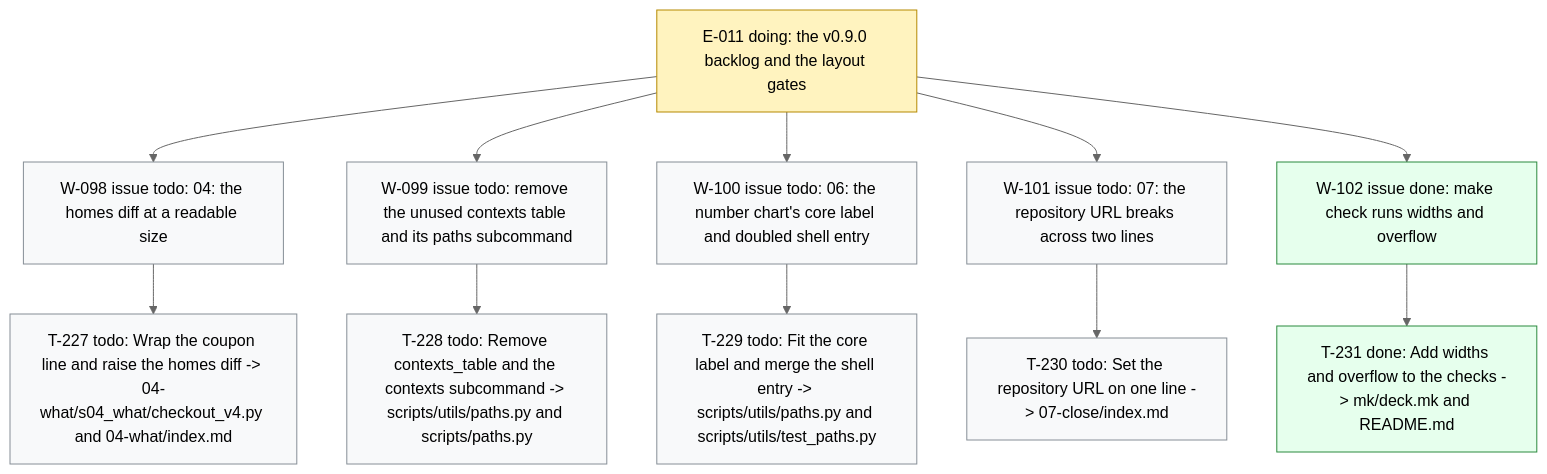
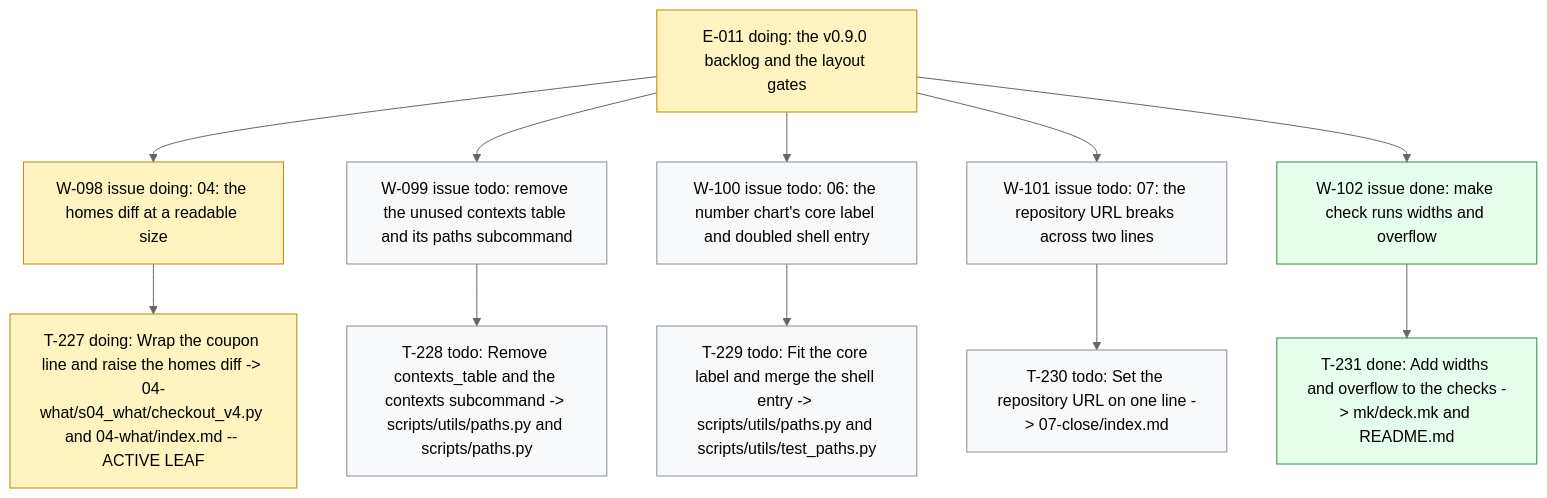
Before and after one commit to dpopchev/chaos-to-simple: the diagram in .board/BOARD.md, drawn with Mermaid (neutral theme). The commit also changed other lines of this file and 2 other files, not shown here.

Commit message:
chore(board): activate W-098, start T-227
Refs: W-098 T-227

````diff
--- a/.board/BOARD.md
+++ b/.board/BOARD.md
@@ -594,22 +594,22 @@
 ```mermaid
 flowchart TD
   E011["E-011 doing: the v0.9.0 backlog and the layout gates"]
-  E011 --> W098["W-098 issue todo: 04: the homes diff at a readable size"]
-  W098 --> T227["T-227 todo: Wrap the coupon line and raise the homes diff -> 04-what/s04_what/checkout_v4.py and 04-what/index.md"]
+  E011 --> W098["W-098 issue doing: 04: the homes diff at a readable size"]
+  W098 --> T227["T-227 doing: Wrap the coupon line and raise the homes diff -> 04-what/s04_what/checkout_v4.py and 04-what/index.md -- ACTIVE LEAF"]
   E011 --> W099["W-099 issue todo: remove the unused contexts table and its paths subcommand"]
   W099 --> T228["T-228 todo: Remove contexts_table and the contexts subcommand -> scripts/utils/paths.py and scripts/paths.py"]
   E011 --> W100["W-100 issue todo: 06: the number chart's core label and doubled shell entry"]
   W100 --> T229["T-229 todo: Fit the core label and merge the shell entry -> scripts/utils/paths.py and scripts/utils/test_paths.py"]
   E011 --> W101["W-101 issue todo: 07: the repository URL breaks across two lines"]
   W101 --> T230["T-230 todo: Set the repository URL on one line -> 07-close/index.md"]
   E011 --> W102["W-102 issue done: make check runs widths and overflow"]
   W102 --> T231["T-231 done: Add widths and overflow to the checks -> mk/deck.mk and README.md"]
   classDef doing fill:#fff3bf,stroke:#b58900,color:#000;
   classDef blocked fill:#ffe3e3,stroke:#c92a2a,color:#000;
   classDef done fill:#e6ffed,stroke:#2b8a3e,color:#000;
   classDef todo fill:#f8f9fa,stroke:#868e96,color:#000;
   classDef pruned fill:#f1f3f5,stroke:#adb5bd,color:#000;
-  class E011 doing
+  class E011,W098,T227 doing
   class W102,T231 done
-  class W098,T227,W099,T228,W100,T229,W101,T230 todo
+  class W099,T228,W100,T229,W101,T230 todo
 ```
````
